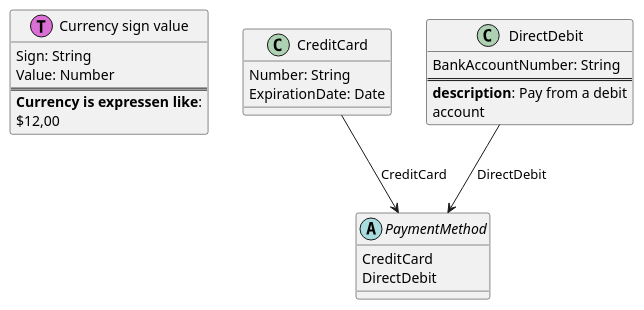
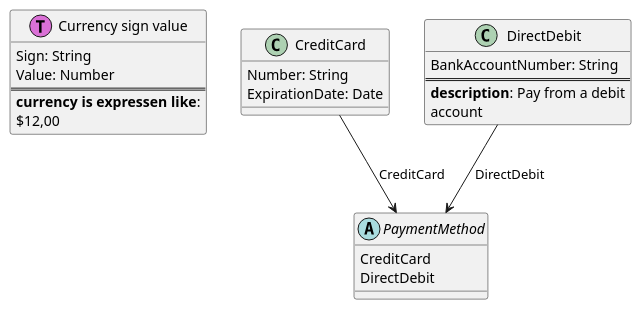
The diagram in Examples/.out/v0.0.1/Financial/Financial.puml (Baudin999/car-lang), drawn with PlantUML before and after one commit. The commit also changed 78 other files, not shown here.

Commit message:
Working on real flows

```diff
--- a/Examples/.out/v0.0.1/Financial/Financial.puml
+++ b/Examples/.out/v0.0.1/Financial/Financial.puml
@@ -1,23 +1,23 @@
 class "Currency sign value" as Currency << (T,orchid) >> {
 	Sign: String 
 	Value: Number 
 ===
-  <b>Currency is expressen like</b>:
+  <b>currency is expressen like</b>:
  $12,00
 }
 class "CreditCard" as CreditCard  {
 	Number: String 
 	ExpirationDate: Date 
 }
 class "DirectDebit" as DirectDebit  {
 	BankAccountNumber: String 
 ===
   <b>description</b>: Pay from a debit
  account
 }
 abstract "PaymentMethod" as PaymentMethod {
 	CreditCard 
 	DirectDebit 
 }
 CreditCard --> PaymentMethod : CreditCard
 DirectDebit --> PaymentMethod : DirectDebit
```
